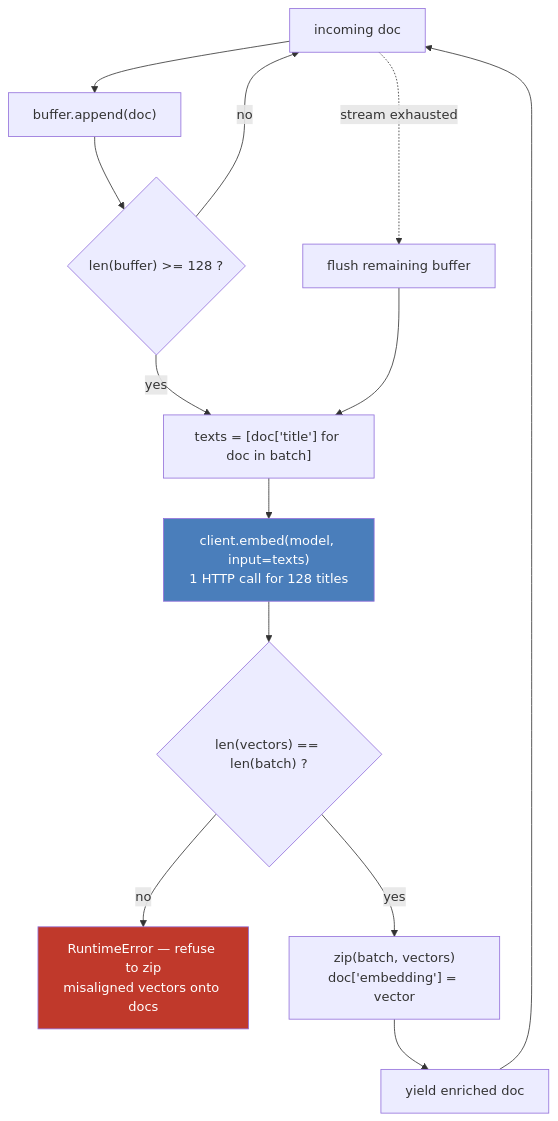
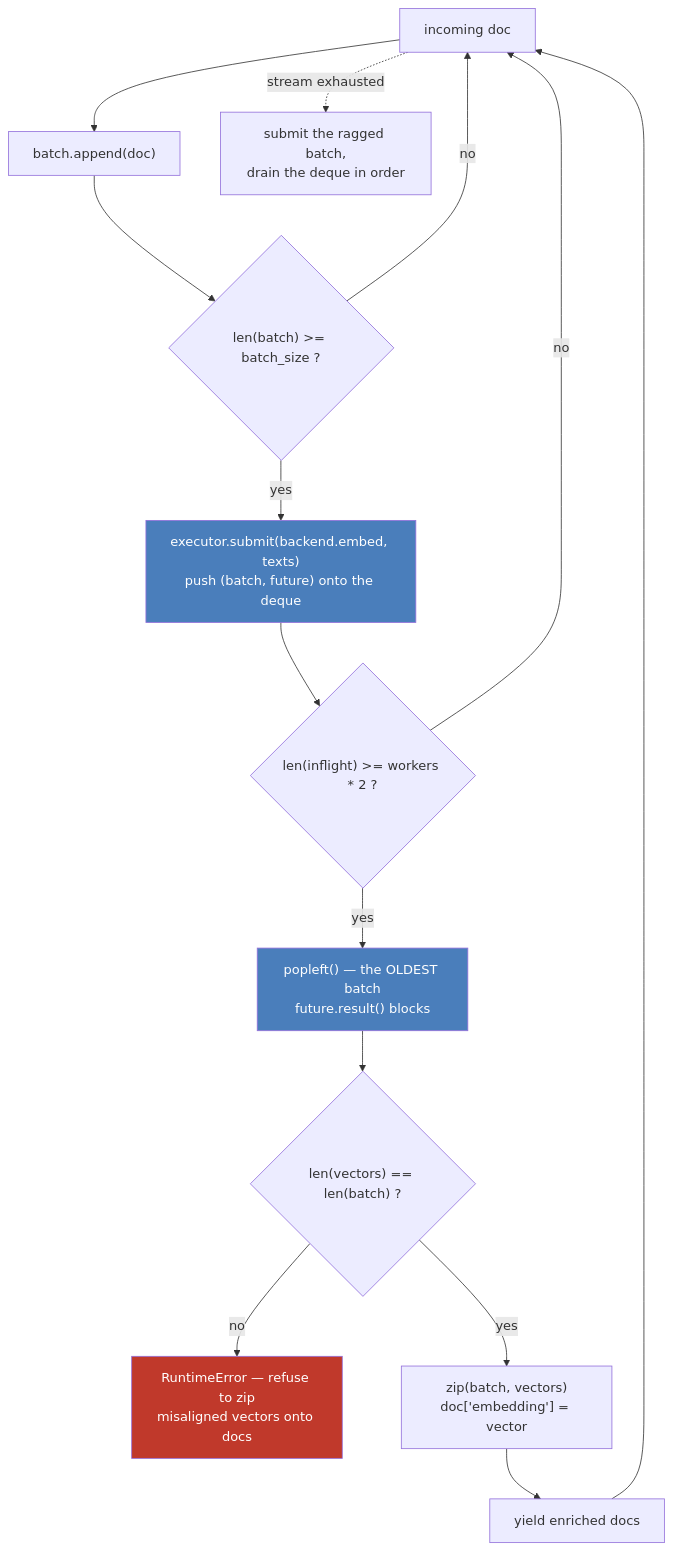
Before and after one commit to Guillaume-Gozillon/search-lab-ingest: the second of 7 diagrams in article-02-vector-ingestion/ARCHITECTURE.md, drawn with Mermaid. The commit also changed other lines of this file and 18 other files, not shown here.

````diff
--- a/article-02-vector-ingestion/ARCHITECTURE.md
+++ b/article-02-vector-ingestion/ARCHITECTURE.md
@@ -32,18 +36,20 @@
 ```mermaid
 flowchart TD
-    IN["incoming doc"] --> BUF["buffer.append(doc)"]
-    BUF --> FULL{"len(buffer) >= 128 ?"}
+    IN["incoming doc"] --> BUF["batch.append(doc)"]
+    BUF --> FULL{"len(batch) >= batch_size ?"}
     FULL -->|no| IN
-    FULL -->|yes| TEXTS["texts = [doc['title'] for doc in batch]"]
-    TEXTS --> CALL["client.embed(model, input=texts)<br/>1 HTTP call for 128 titles"]
-    CALL --> CHECK{"len(vectors) == len(batch) ?"}
+    FULL -->|yes| SUB["executor.submit(backend.embed, texts)<br/>push (batch, future) onto the deque"]
+    SUB --> WIN{"len(inflight) >= workers * 2 ?"}
+    WIN -->|no| IN
+    WIN -->|yes| POP["popleft() — the OLDEST batch<br/>future.result() blocks"]
+    POP --> CHECK{"len(vectors) == len(batch) ?"}
     CHECK -->|no| ERR["RuntimeError — refuse to zip<br/>misaligned vectors onto docs"]
     CHECK -->|yes| ZIP["zip(batch, vectors)<br/>doc['embedding'] = vector"]
-    ZIP --> OUT["yield enriched doc"]
+    ZIP --> OUT["yield enriched docs"]
     OUT --> IN
-    IN -.->|"stream exhausted"| FLUSH["flush remaining buffer"]
-    FLUSH --> TEXTS
+    IN -.->|"stream exhausted"| DRAIN["submit the ragged batch,<br/>drain the deque in order"]
 
-    style CALL fill:#4a7ebb,color:#fff
+    style SUB fill:#4a7ebb,color:#fff
+    style POP fill:#4a7ebb,color:#fff
     style ERR fill:#c0392b,color:#fff
 ```
````
